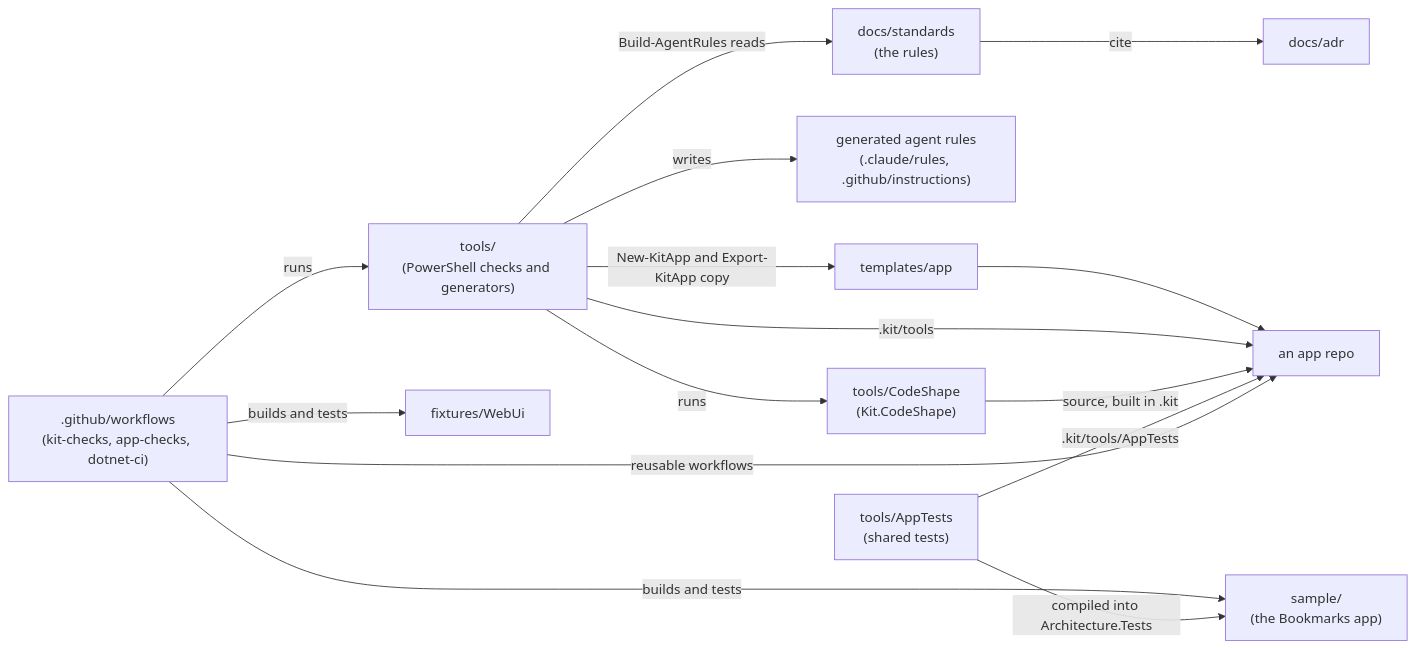
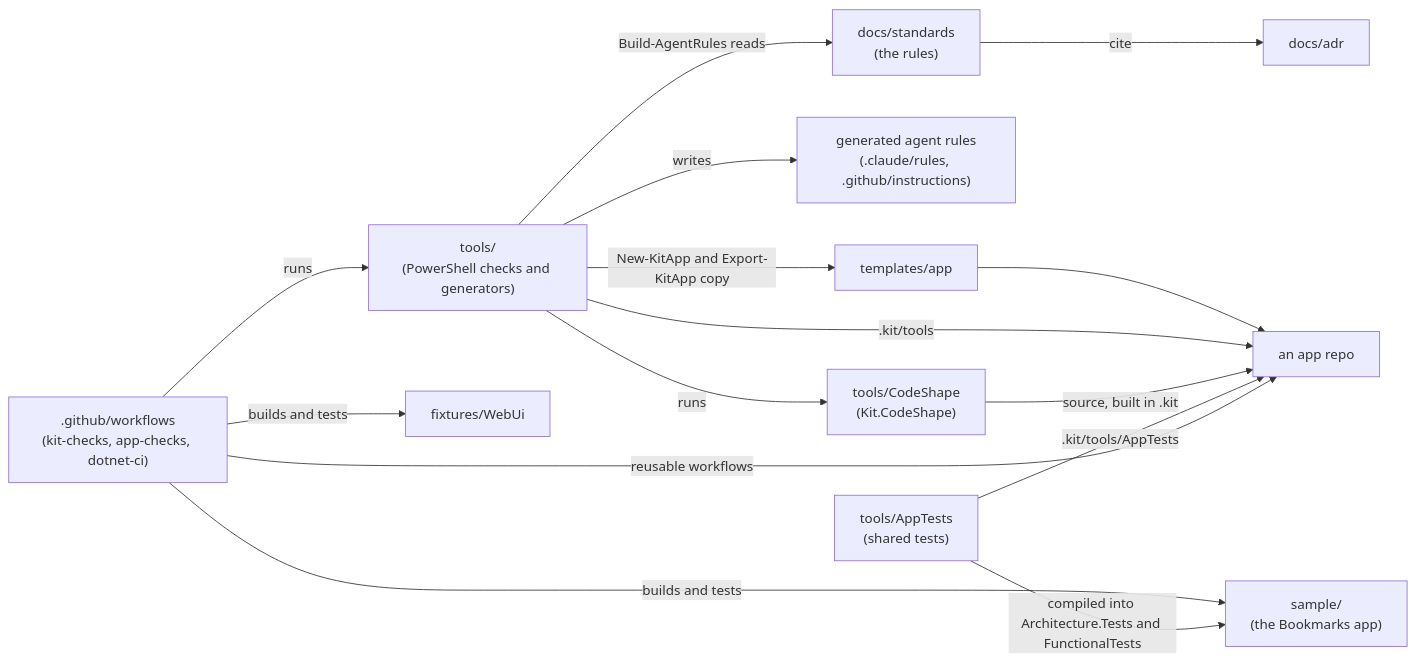
Before and after one commit to DerekFoulk/dotnet-agent-kit: the first of 2 diagrams in docs/architecture/modules.md, drawn with Mermaid. The commit also changed 9 other files, not shown here.

````diff
--- a/docs/architecture/modules.md
+++ b/docs/architecture/modules.md
@@ -7,28 +7,28 @@
 ```mermaid
 flowchart LR
     standards["docs/standards<br/>(the rules)"]
     adr["docs/adr"]
     rules["generated agent rules<br/>(.claude/rules, .github/instructions)"]
     tools["tools/<br/>(PowerShell checks and generators)"]
     codeshape["tools/CodeShape<br/>(Kit.CodeShape)"]
     ci[".github/workflows<br/>(kit-checks, app-checks, dotnet-ci)"]
     templates["templates/app"]
     sample["sample/<br/>(the Bookmarks app)"]
     webui["fixtures/WebUi"]
     apps["an app repo"]
 
     standards -->|cite| adr
     tools -->|Build-AgentRules reads| standards
     tools -->|writes| rules
     tools -->|runs| codeshape
     ci -->|runs| tools
     ci -->|builds and tests| sample
     ci -->|builds and tests| webui
     tools -->|New-KitApp and Export-KitApp copy| templates
     templates --> apps
     tools -->|.kit/tools| apps
     codeshape -->|source, built in .kit| apps
-    apptests["tools/AppTests<br/>(shared tests)"] -->|compiled into Architecture.Tests| sample
+    apptests["tools/AppTests<br/>(shared tests)"] -->|compiled into Architecture.Tests and FunctionalTests| sample
     apptests -->|.kit/tools/AppTests| apps
     ci -->|reusable workflows| apps
 ```
````
